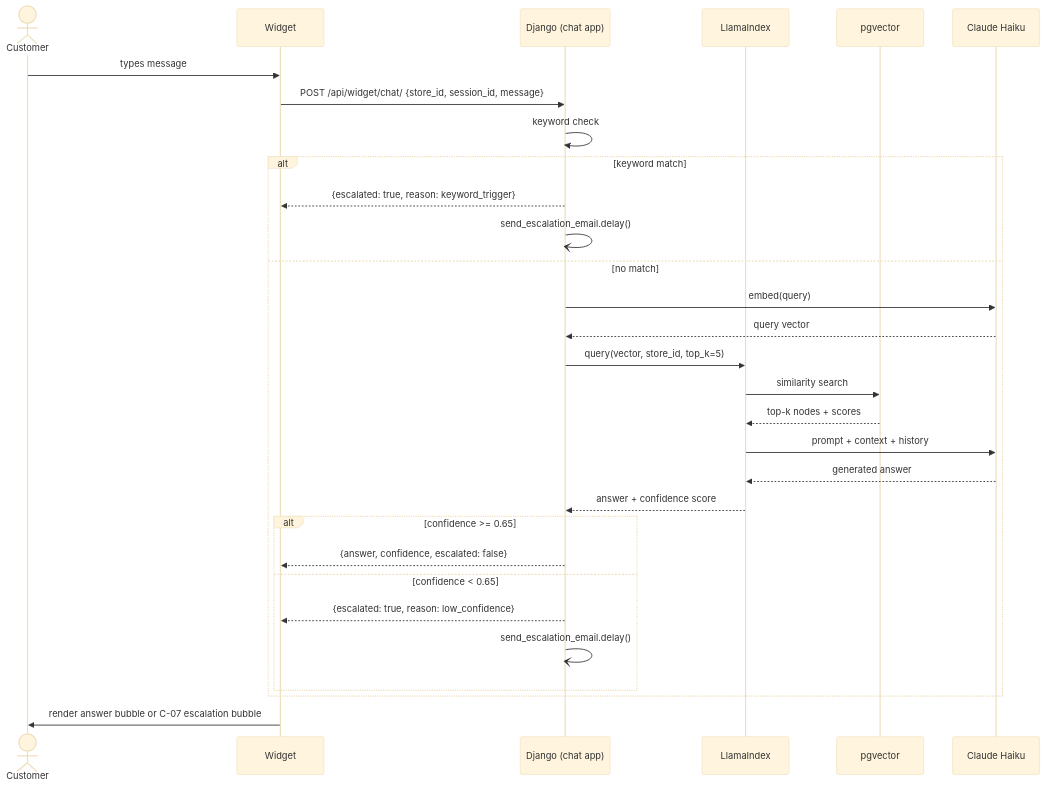
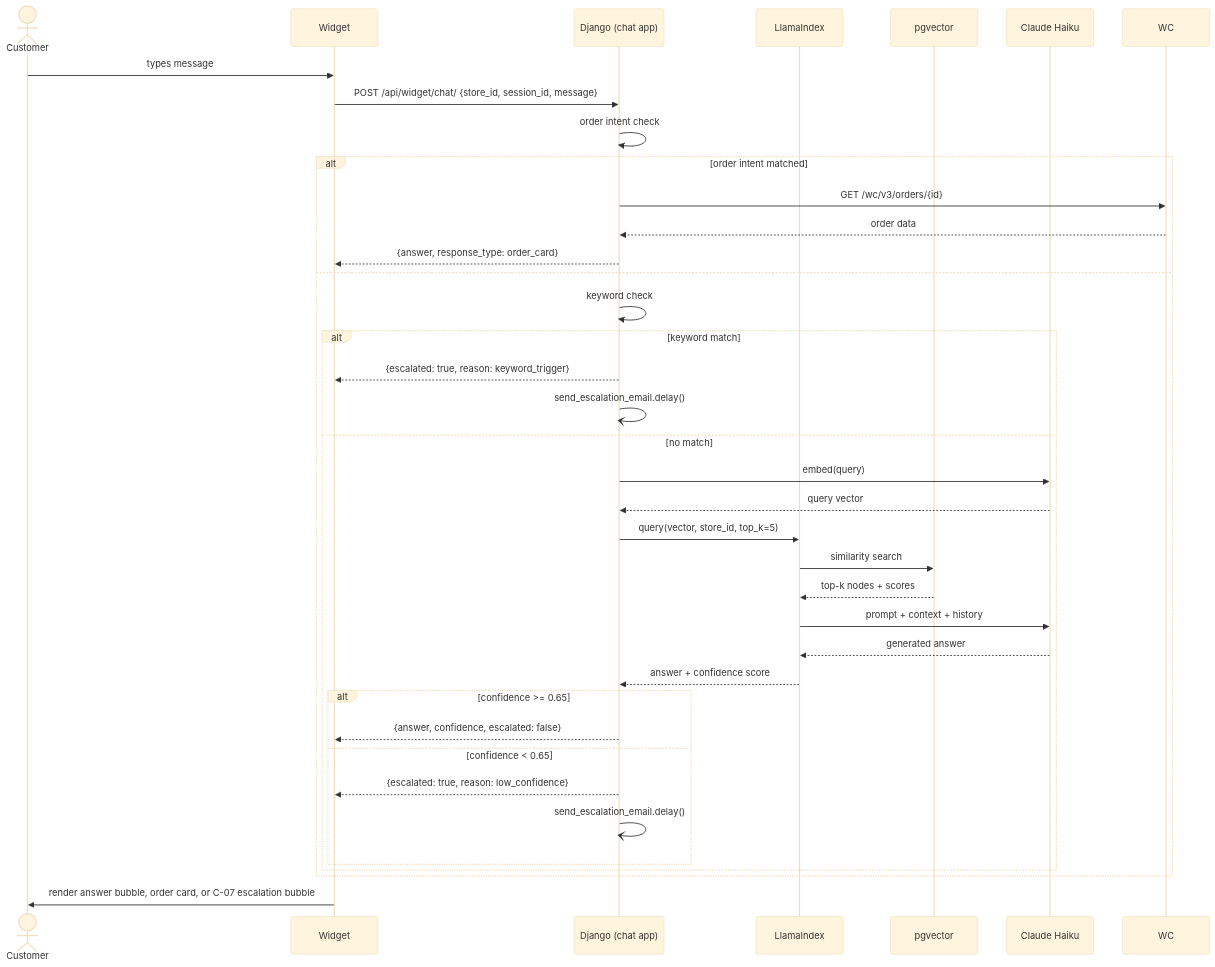
Before and after one commit to aji-pratama/woocs: the third of 6 diagrams in .docs/PRD_v0.md, drawn with Mermaid (base theme). The commit also changed other lines of this file, not shown here.

Commit message:
docs: update PRD_v0.md to reflect recent project requirements

````diff
--- a/.docs/PRD_v0.md
+++ b/.docs/PRD_v0.md
@@ -1338,36 +1347,43 @@
 ```mermaid
 sequenceDiagram
   actor Customer
   participant Widget
   participant Django as Django (chat app)
   participant Llama as LlamaIndex
   participant PG as pgvector
   participant Haiku as Claude Haiku
 
   Customer->>Widget: types message
   Widget->>Django: POST /api/widget/chat/ {store_id, session_id, message}
-  Django->>Django: keyword check
+  
+  Django->>Django: order intent check
+  alt order intent matched
+    Django->>WC: GET /wc/v3/orders/{id}
+    WC-->>Django: order data
+    Django-->>Widget: {answer, response_type: order_card}
+  else
+    Django->>Django: keyword check
+    alt keyword match
+      Django-->>Widget: {escalated: true, reason: keyword_trigger}
+      Django-)Django: send_escalation_email.delay()
+    else no match
+      Django->>Haiku: embed(query)
+      Haiku-->>Django: query vector
+      Django->>Llama: query(vector, store_id, top_k=5)
+      Llama->>PG: similarity search
+      PG-->>Llama: top-k nodes + scores
+      Llama->>Haiku: prompt + context + history
+      Haiku-->>Llama: generated answer
+      Llama-->>Django: answer + confidence score
 
-  alt keyword match
-    Django-->>Widget: {escalated: true, reason: keyword_trigger}
-    Django-)Django: send_escalation_email.delay()
-  else no match
-    Django->>Haiku: embed(query)
-    Haiku-->>Django: query vector
-    Django->>Llama: query(vector, store_id, top_k=5)
-    Llama->>PG: similarity search
-    PG-->>Llama: top-k nodes + scores
-    Llama->>Haiku: prompt + context + history
-    Haiku-->>Llama: generated answer
-    Llama-->>Django: answer + confidence score
-
-    alt confidence >= 0.65
-      Django-->>Widget: {answer, confidence, escalated: false}
-    else confidence < 0.65
-      Django-->>Widget: {escalated: true, reason: low_confidence}
-      Django-)Django: send_escalation_email.delay()
+      alt confidence >= 0.65
+        Django-->>Widget: {answer, confidence, escalated: false}
+      else confidence < 0.65
+        Django-->>Widget: {escalated: true, reason: low_confidence}
+        Django-)Django: send_escalation_email.delay()
+      end
     end
   end
 
-  Widget->>Customer: render answer bubble or C-07 escalation bubble
+  Widget->>Customer: render answer bubble, order card, or C-07 escalation bubble
 ```
````
